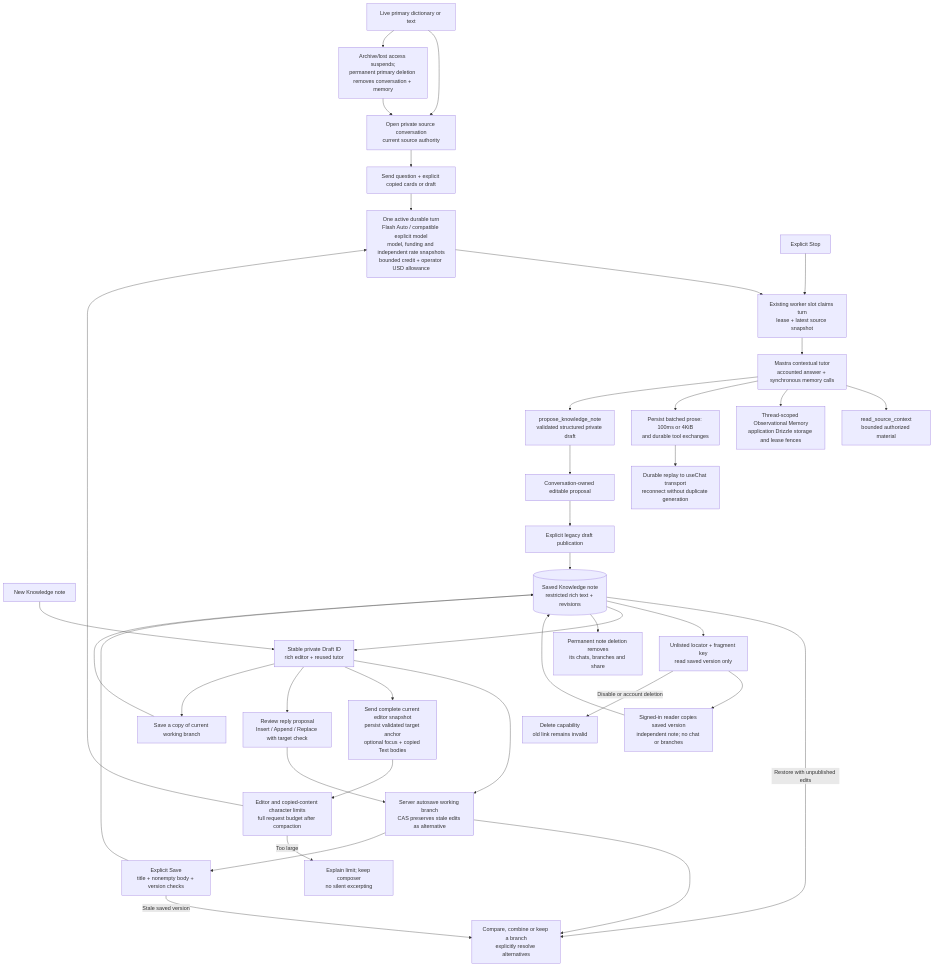
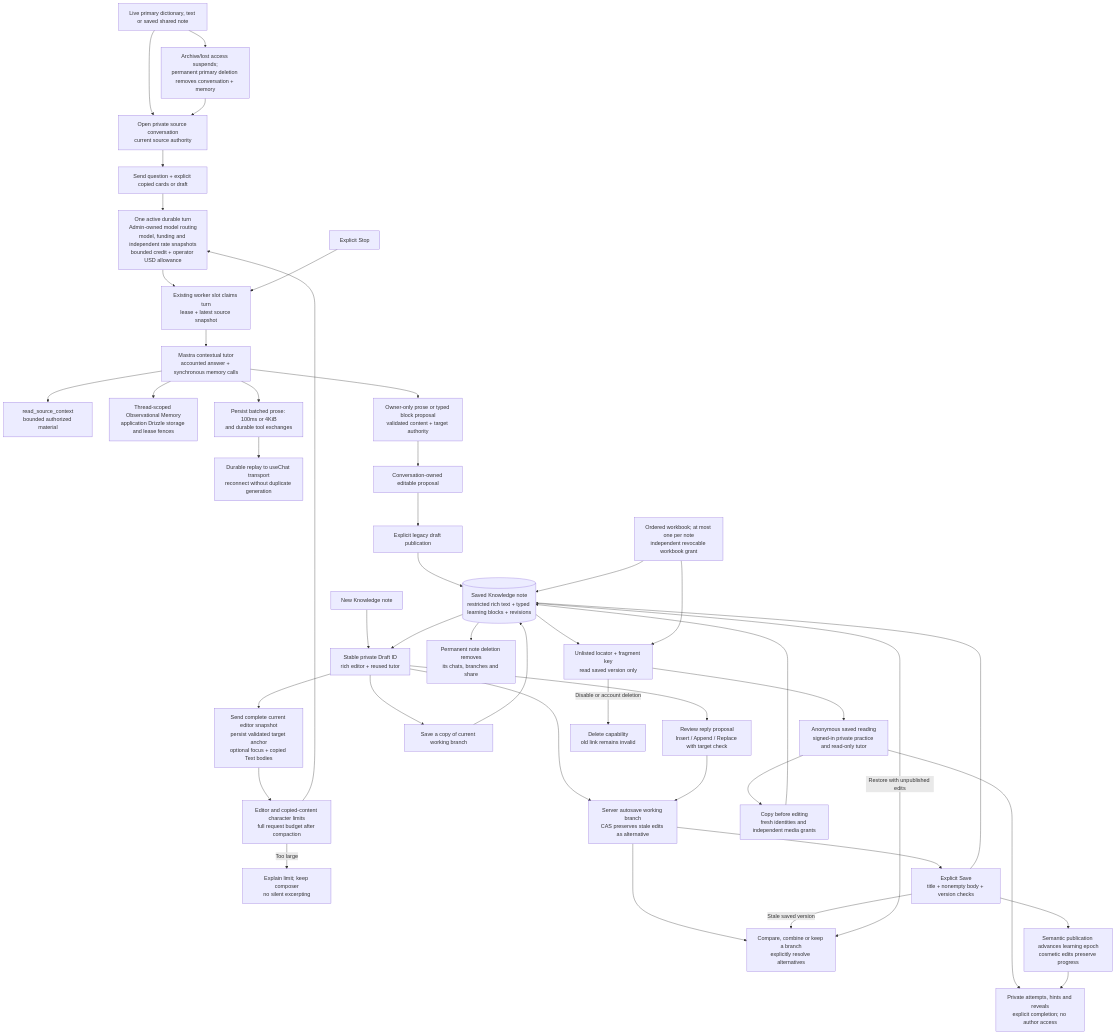
The diagram in docs/diagrams/conversations-and-knowledge.md (nickotov/languon-platform), drawn with Mermaid before and after one commit. The commit also changed other lines of this file and 2857 other files, not shown here.

````diff
--- a/docs/diagrams/conversations-and-knowledge.md
+++ b/docs/diagrams/conversations-and-knowledge.md
@@ -52,62 +73,71 @@
 ```mermaid
 flowchart TB
-    Source["Live primary dictionary or text"] --> Open["Open private source conversation
+    Source["Live primary dictionary, text or saved shared note"] --> Open["Open private source conversation
 current source authority"]
     Open --> Send["Send question + explicit copied cards or draft"]
     New["New Knowledge note"] --> Workspace["Stable private Draft ID
 rich editor + reused tutor"]
     Workspace --> Auto["Server autosave working branch
 CAS preserves stale edits as alternative"]
     Auto --> Resolve["Compare, combine or keep a branch
 explicitly resolve alternatives"]
     Workspace --> WSend["Send complete current editor snapshot
 persist validated target anchor
 optional focus + copied Text bodies"]
     WSend --> Limit["Editor and copied-content character limits
 full request budget after compaction"]
     Limit -->|"Too large"| Reject["Explain limit; keep composer
 no silent excerpting"]
     Limit --> Admission
     Send --> Admission["One active durable turn
-Flash Auto / compatible explicit model
+Admin-owned model routing
 model, funding and independent rate snapshots
 bounded credit + operator USD allowance"]
     Admission --> Worker["Existing worker slot claims turn
 lease + latest source snapshot"]
     Worker --> Tutor["Mastra contextual tutor
 accounted answer + synchronous memory calls"]
     Tutor --> Read["read_source_context
 bounded authorized material"]
     Tutor --> Memory["Thread-scoped Observational Memory
 application Drizzle storage and lease fences"]
     Tutor --> Reply["Persist batched prose: 100ms or 4KiB
 and durable tool exchanges"] --> Replay["Durable replay to useChat transport
 reconnect without duplicate generation"]
-    Tutor --> Propose["propose_knowledge_note
-validated structured private draft"]
+    Tutor --> Propose["Owner-only prose or typed block proposal
+validated content + target authority"]
     Propose --> Review["Conversation-owned editable proposal"]
     Review --> Publish["Explicit legacy draft publication"]
     Workspace --> Apply["Review reply proposal
 Insert / Append / Replace with target check"] --> Auto
     Auto --> Save["Explicit Save
 title + nonempty body + version checks"]
     Publish --> Note[("Saved Knowledge note
-restricted rich text + revisions")]
+restricted rich text + typed learning blocks + revisions")]
     Save --> Note
     Save -->|"Stale saved version"| Resolve
     Note -->|"Restore with unpublished edits"| Resolve
     Workspace --> Copy["Save a copy of current working branch"] --> Note
     Note --> Share["Unlisted locator + fragment key
 read saved version only"]
-    Share --> Reader["Signed-in reader copies saved version
-independent note; no chat or branches"] --> Note
+    Share --> Reader["Anonymous saved reading
+signed-in private practice and read-only tutor"]
+    Reader --> Independent["Copy before editing
+fresh identities and independent media grants"] --> Note
+    Workbook["Ordered workbook; at most one per note
+independent revocable workbook grant"] --> Share
+    Workbook --> Note
+    Reader --> Learning["Private attempts, hints and reveals
+explicit completion; no author access"]
+    Save --> Epoch["Semantic publication advances learning epoch
+cosmetic edits preserve progress"] --> Learning
     Share -->|"Disable or account deletion"| Revoke["Delete capability
 old link remains invalid"]
     Note --> Workspace
     Note --> NoteDelete["Permanent note deletion removes
 its chats, branches and share"]
     Stop["Explicit Stop"] --> Worker
     Source --> Lifecycle["Archive/lost access suspends;
 permanent primary deletion removes conversation + memory"]
     Lifecycle --> Open
 ```
````
